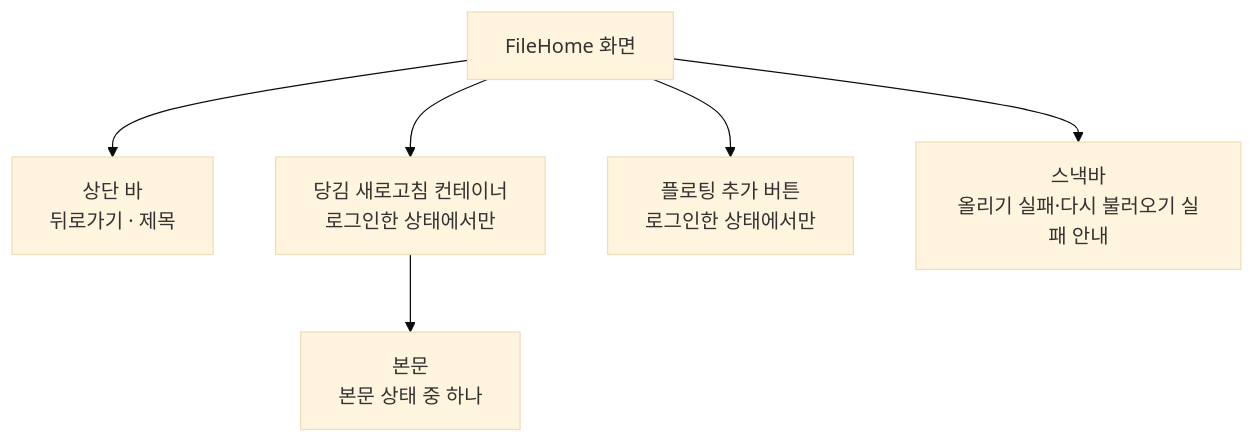
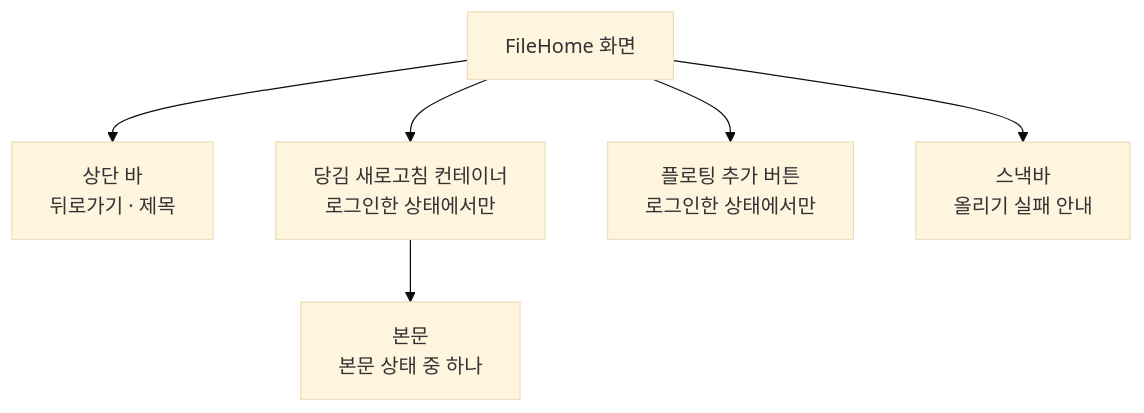
The diagram in docs/design/file-home.md (taetae98coding/DiaryKMP), drawn with Mermaid (base theme) before and after one commit. The commit also changed other lines of this file and 589 other files, not shown here.

````diff
--- a/docs/design/file-home.md
+++ b/docs/design/file-home.md
@@ -17,8 +17,8 @@
 ```mermaid
 flowchart TD
     screen["FileHome 화면"] --> topBar["상단 바<br/>뒤로가기 · 제목"]
     screen --> refresh["당김 새로고침 컨테이너<br/>로그인한 상태에서만"]
     refresh --> body["본문<br/>본문 상태 중 하나"]
     screen --> fab["플로팅 추가 버튼<br/>로그인한 상태에서만"]
-    screen --> snackbar["스낵바<br/>올리기 실패·다시 불러오기 실패 안내"]
+    screen --> snackbar["스낵바<br/>올리기 실패 안내"]
 ```
````
